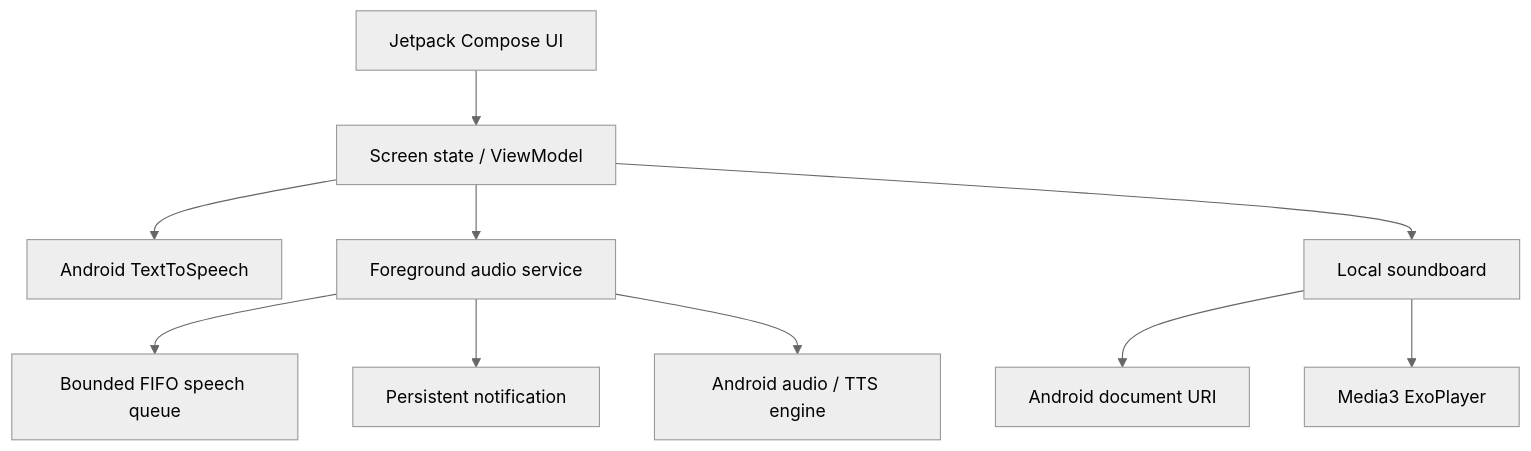
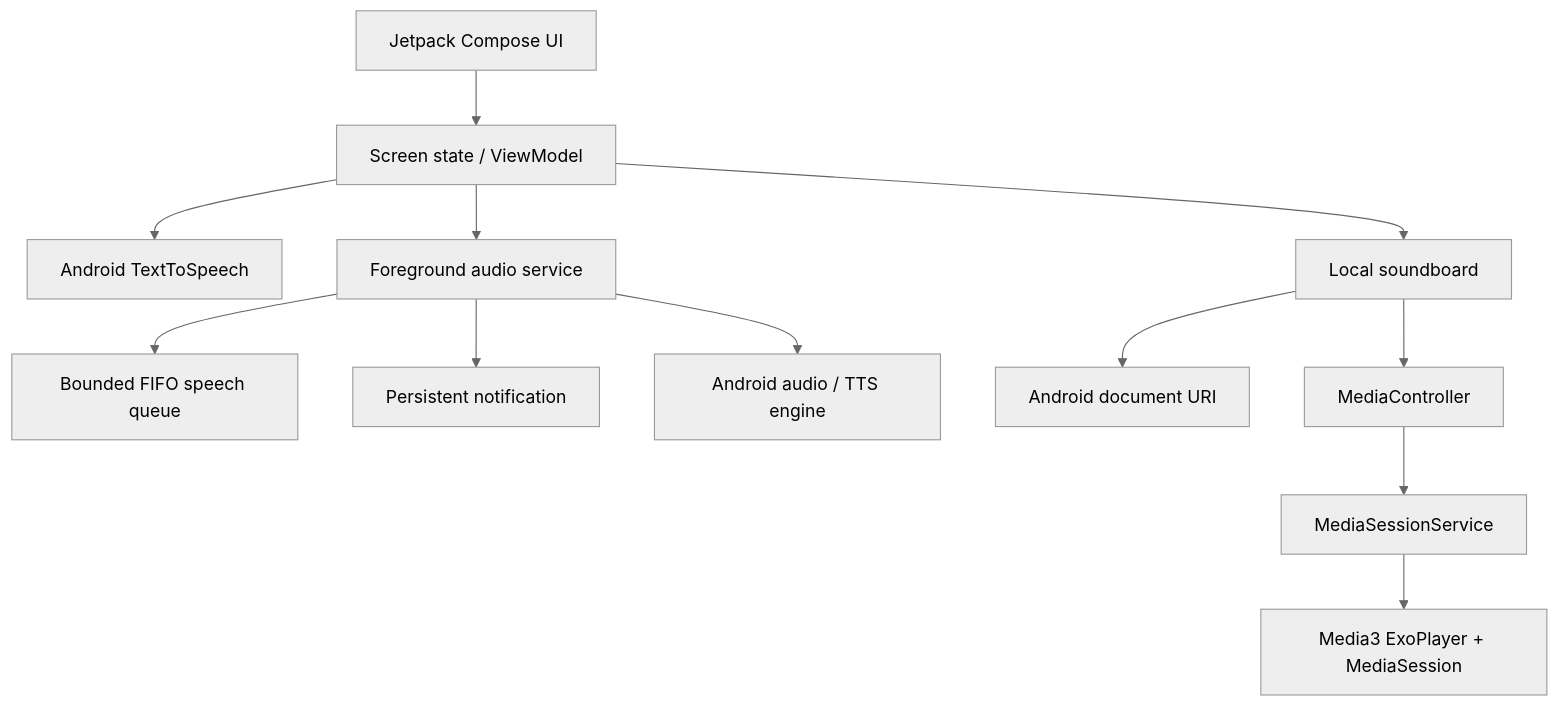
One commit to adebojel/LiveCreatorStudio changed the diagram in README.md. Above: the diagram before and after it, drawn with Mermaid (neutral theme). The commit also changed other lines of this file and 5 other files, not shown here.

Commit message:
Add background Media3 session for soundboard playback

````diff
--- a/README.md
+++ b/README.md
@@ -37,12 +37,14 @@
 ```mermaid
 flowchart TD
   UI["Jetpack Compose UI"] --> VM["Screen state / ViewModel"]
   VM --> TTS["Android TextToSpeech"]
   VM --> SVC["Foreground audio service"]
   VM --> SB["Local soundboard"]
   SVC --> Q["Bounded FIFO speech queue"]
   SVC --> NOTIF["Persistent notification"]
   SB --> DOC["Android document URI"]
-  SB --> PLAYER["Media3 ExoPlayer"]
+  SB --> CTRL["MediaController"]
+  CTRL --> SESSION["MediaSessionService"]
+  SESSION --> PLAYER["Media3 ExoPlayer + MediaSession"]
   SVC --> ANDROID["Android audio / TTS engine"]
 ```
````
